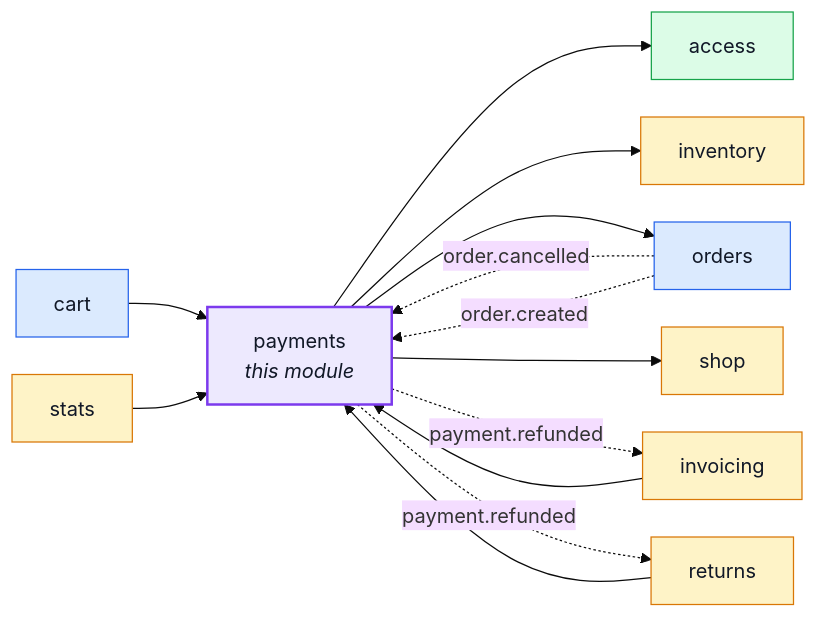
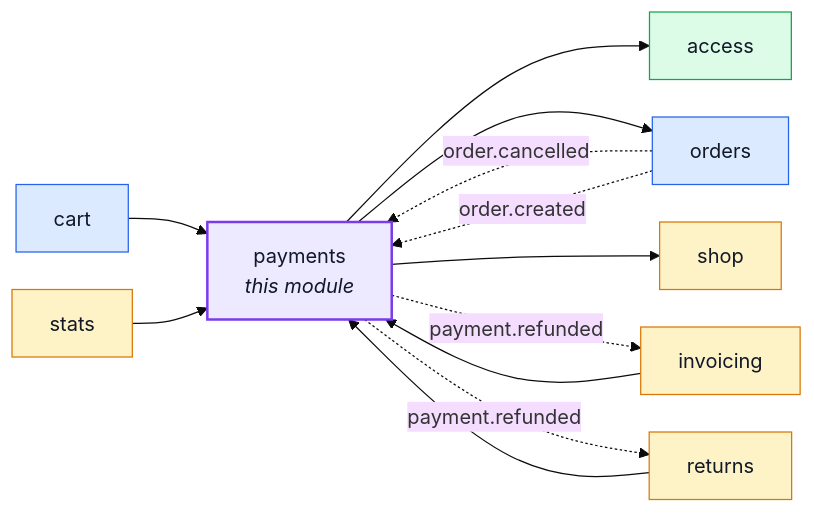
The first of 12 diagrams in docs/modules/payments.md (Guebbit/boilerplate-node-backend), drawn with Mermaid (base theme) before and after one commit. The commit also changed other lines of this file and 9 other files, not shown here.

````diff
--- a/docs/modules/payments.md
+++ b/docs/modules/payments.md
@@ -16,35 +16,33 @@
 ```mermaid
 %%{init: {'flowchart': {'nodeSpacing': 30, 'rankSpacing': 60}}}%%
 flowchart LR
     payments["payments<br/><i>this module</i>"]
     access["access"]
     cart["cart"]
-    inventory["inventory"]
     invoicing["invoicing"]
     orders["orders"]
     returns["returns"]
     shop["shop"]
     stats["stats"]
 
     cart --> payments
     invoicing --> payments
     returns --> payments
     stats --> payments
     payments --> access
-    payments --> inventory
     payments --> orders
     payments --> shop
     orders -. "order.cancelled" .-> payments
     orders -. "order.created" .-> payments
     payments -. "payment.refunded" .-> invoicing
     payments -. "payment.refunded" .-> returns
 
     classDef core fill:#dbeafe,stroke:#2563eb,color:#111827;
     classDef supporting fill:#fef3c7,stroke:#d97706,color:#111827;
     classDef generic fill:#dcfce7,stroke:#16a34a,color:#111827;
     classDef centre fill:#ede9fe,stroke:#7c3aed,stroke-width:2px,color:#111827;
     class cart,orders core;
-    class inventory,invoicing,returns,shop,stats supporting;
+    class invoicing,returns,shop,stats supporting;
     class access generic;
     class payments centre;
 ```
````
